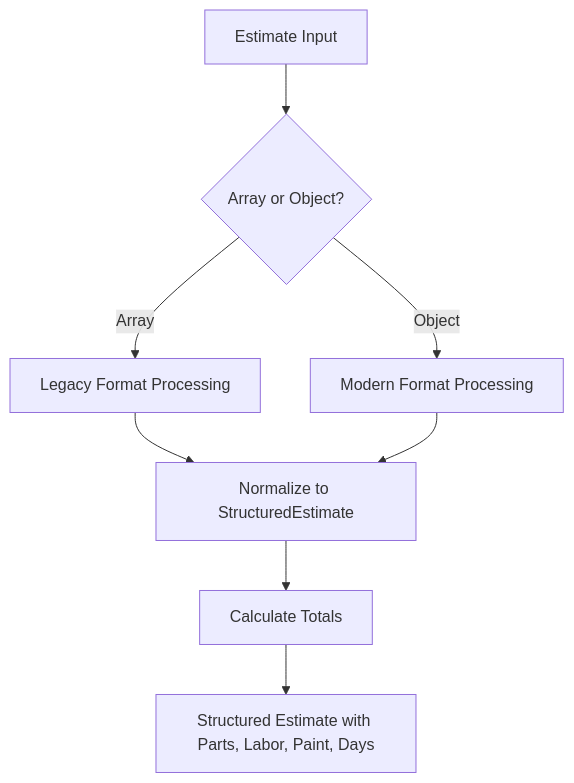
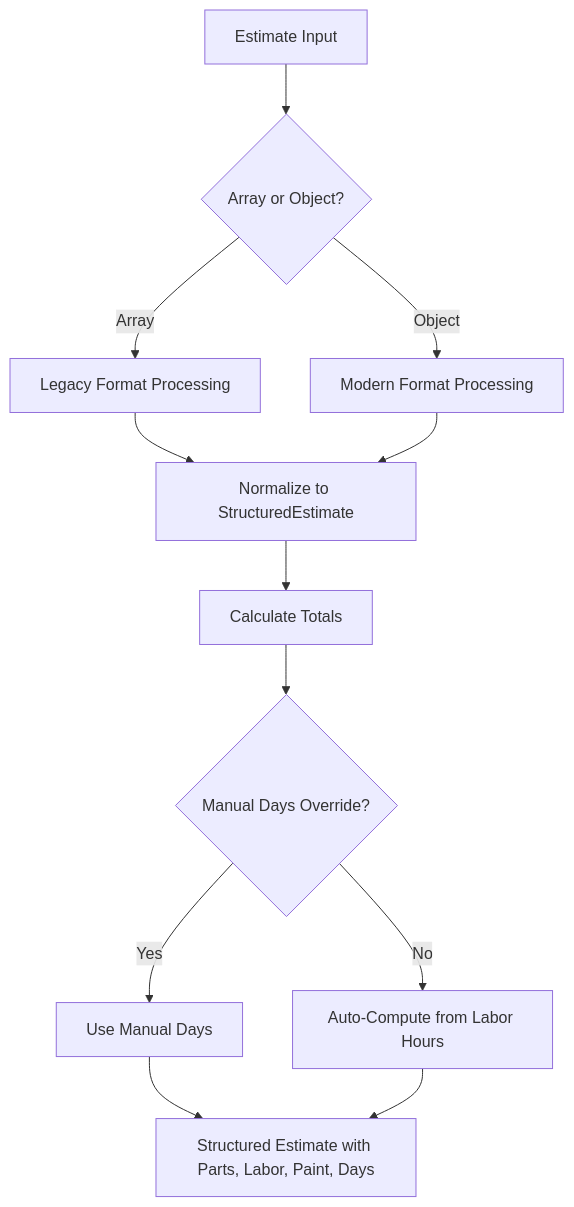
One commit to NaveenHiranya/Smart-Vehicle-Insurance-Claim-System changed the eighth of 11 diagrams in .qoder/repowiki/en/content/Frontend Documentation/Garage Frontend Interface.md. Above: the diagram before and after it, drawn with Mermaid. The commit also changed other lines of this file and 17 other files, not shown here.

````diff
--- a/.qoder/repowiki/en/content/Frontend Documentation/Garage Frontend Interface.md
+++ b/.qoder/repowiki/en/content/Frontend Documentation/Garage Frontend Interface.md
@@ -285,10 +321,14 @@
 ```mermaid
 flowchart TD
 Input["Estimate Input"] --> Type{"Array or Object?"}
 Type --> |Array| Legacy["Legacy Format Processing"]
 Type --> |Object| Modern["Modern Format Processing"]
 Legacy --> Normalize["Normalize to StructuredEstimate"]
 Modern --> Normalize
 Normalize --> Calculate["Calculate Totals"]
-Calculate --> Output["Structured Estimate with Parts, Labor, Paint, Days"]
+Calculate --> Days{"Manual Days Override?"}
+Days --> |Yes| UseManual["Use Manual Days"]
+Days --> |No| AutoCalc["Auto-Compute from Labor Hours"]
+UseManual --> Output["Structured Estimate with Parts, Labor, Paint, Days"]
+AutoCalc --> Output
 ```
````
